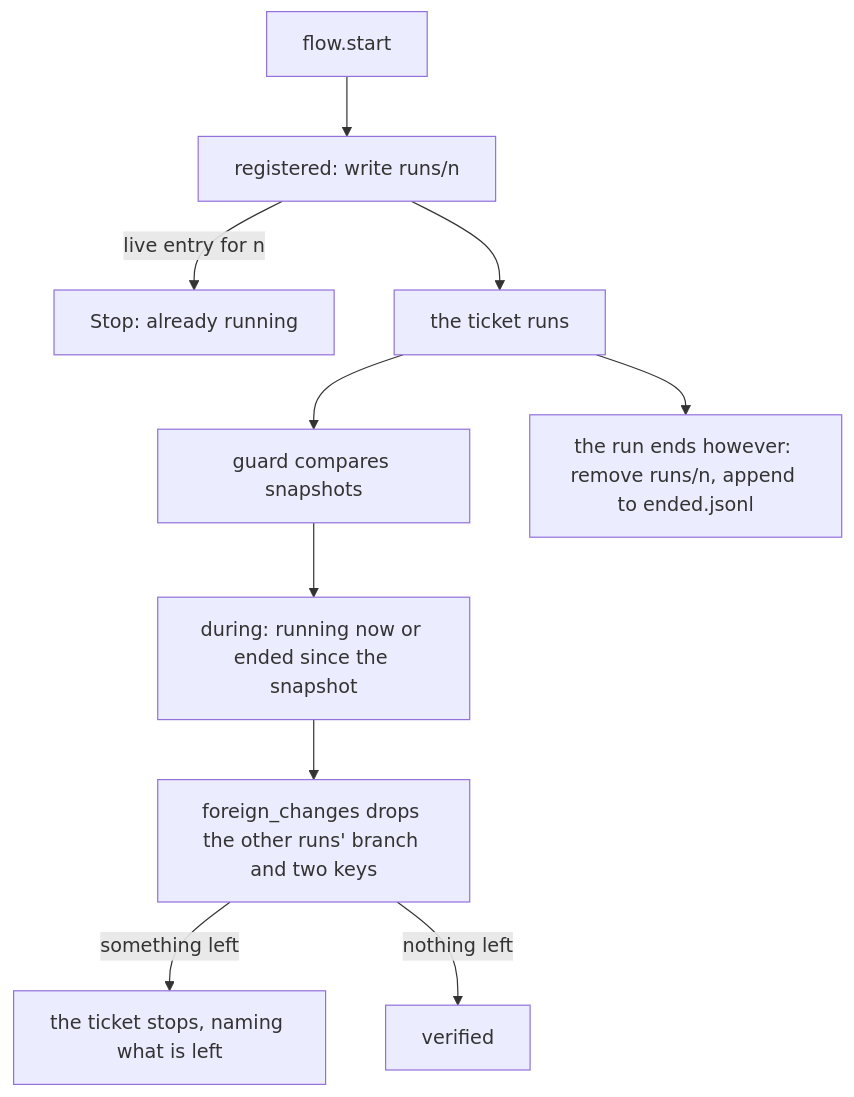
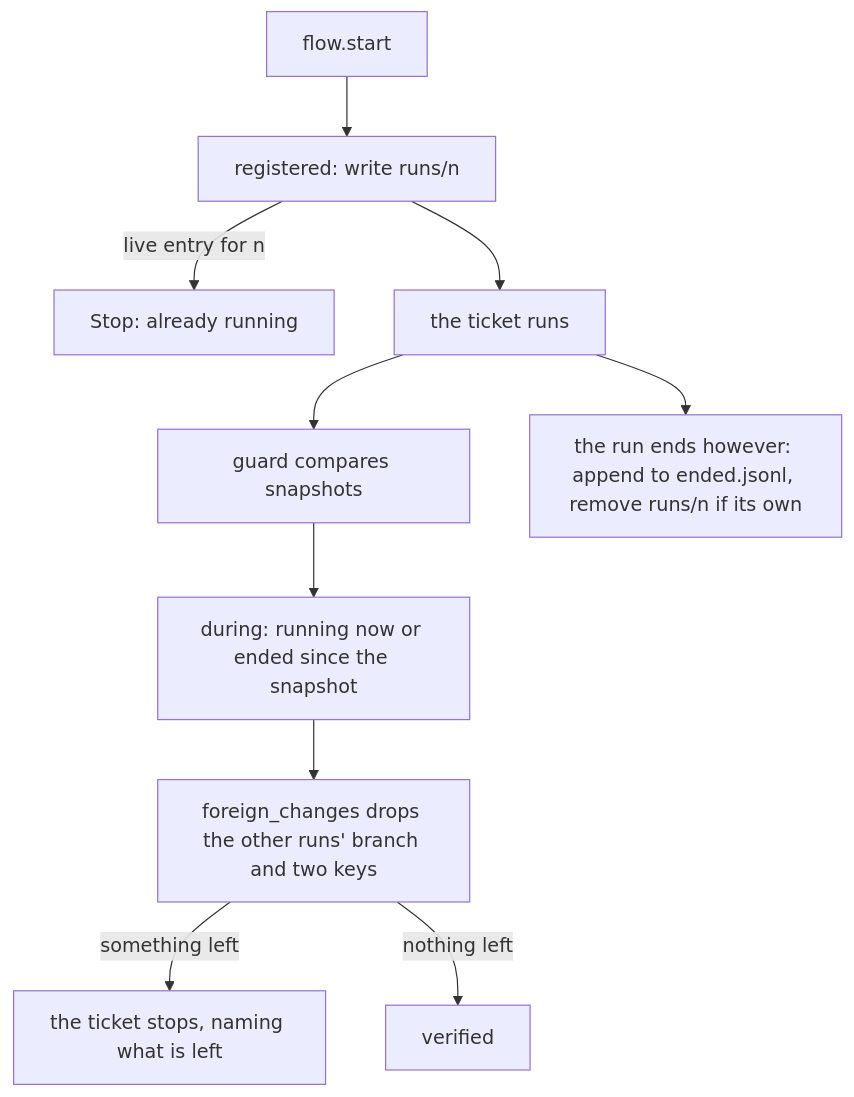
The first of 3 diagrams in docs/architecture/modules/runs.md (plaplanche/ariane), drawn with Mermaid before and after one commit. The commit also changed other lines of this file and 6 other files, not shown here.

````diff
--- a/docs/architecture/modules/runs.md
+++ b/docs/architecture/modules/runs.md
@@ -29,12 +31,12 @@
 ```mermaid
 flowchart TD
   A[flow.start] --> B[registered: write runs/n]
   B -- live entry for n --> X[Stop: already running]
   B --> C[the ticket runs]
   C --> D[guard compares snapshots]
   D --> E[during: running now or ended since the snapshot]
   E --> F[foreign_changes drops the other runs' branch and two keys]
   F -- something left --> S[the ticket stops, naming what is left]
   F -- nothing left --> V[verified]
-  C --> G[the run ends however: remove runs/n, append to ended.jsonl]
+  C --> G[the run ends however: append to ended.jsonl, remove runs/n if its own]
 ```
````
